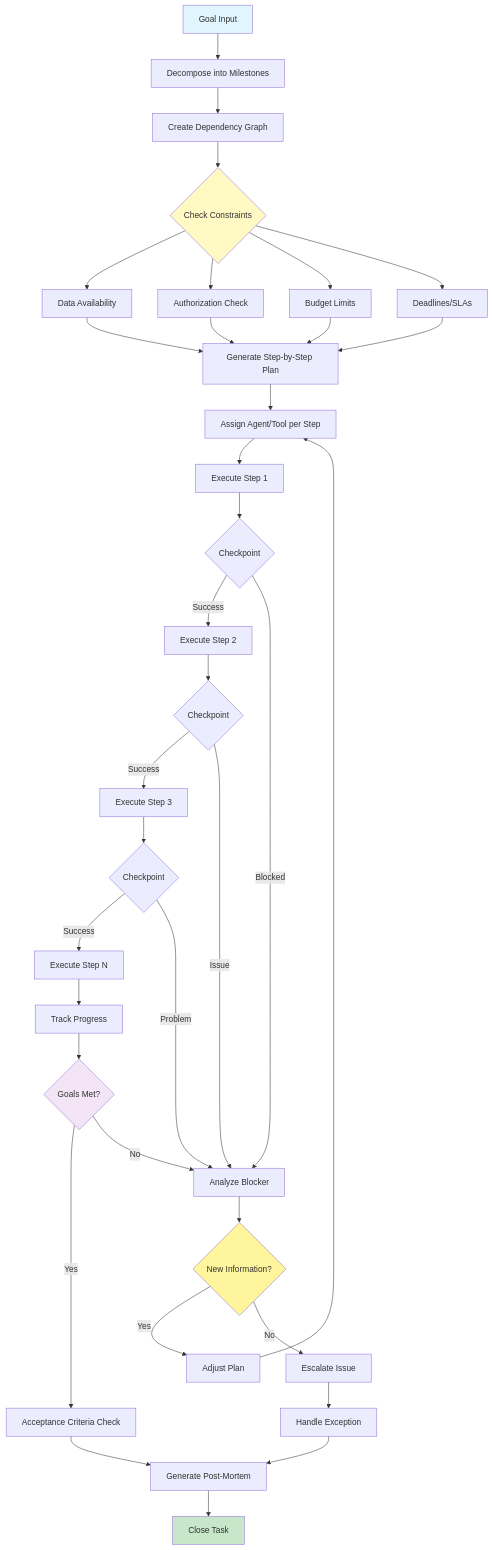
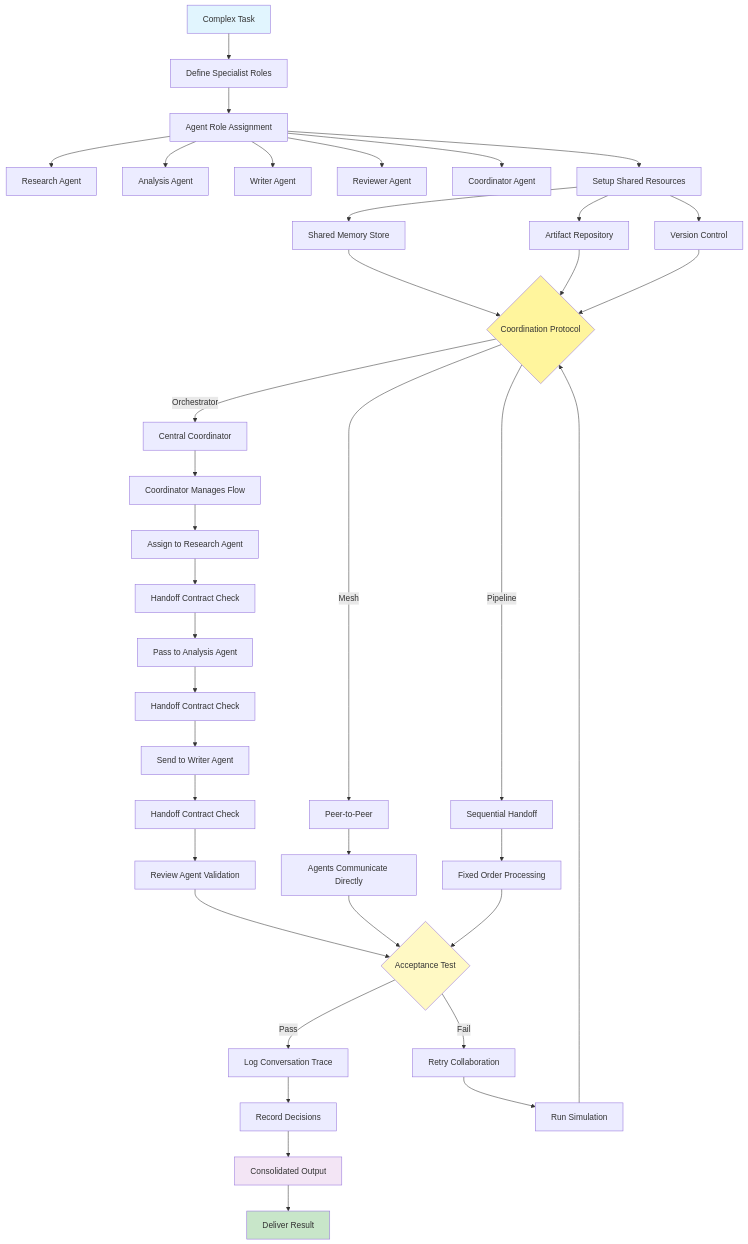
The diagram in diagram.mmd (Adrian-patrick/agentic-ai-design-patterns), drawn with Mermaid before and after one commit. The commit also changed 10 other files, not shown here.

Commit message:
working multi-agent collaboration

```diff
--- a/diagram.mmd
+++ b/diagram.mmd
@@ -1,52 +1,54 @@
 graph TD
-    Start[Goal Input] --> Decompose[Decompose into Milestones]
-    Decompose --> Map[Create Dependency Graph]
+    Start[Complex Task] --> Define[Define Specialist Roles]
     
-    Map --> Constraints{Check Constraints}
-    Constraints --> Data[Data Availability]
-    Constraints --> Auth[Authorization Check]
-    Constraints --> Budget[Budget Limits]
-    Constraints --> Time[Deadlines/SLAs]
+    Define --> Roles[Agent Role Assignment]
+    Roles --> A1[Research Agent]
+    Roles --> A2[Analysis Agent]
+    Roles --> A3[Writer Agent]
+    Roles --> A4[Reviewer Agent]
+    Roles --> A5[Coordinator Agent]
     
-    Data --> Plan[Generate Step-by-Step Plan]
-    Auth --> Plan
-    Budget --> Plan
-    Time --> Plan
+    Roles --> Setup[Setup Shared Resources]
+    Setup --> Memory[Shared Memory Store]
+    Setup --> Artifacts[Artifact Repository]
+    Setup --> Version[Version Control]
     
-    Plan --> Assign[Assign Agent/Tool per Step]
-    Assign --> Step1[Execute Step 1]
+    Memory --> Protocol{Coordination Protocol}
+    Artifacts --> Protocol
+    Version --> Protocol
     
-    Step1 --> Check1{Checkpoint}
-    Check1 -->|Success| Step2[Execute Step 2]
-    Check1 -->|Blocked| Analyze[Analyze Blocker]
+    Protocol -->|Orchestrator| Orchestrate[Central Coordinator]
+    Protocol -->|Mesh| Mesh[Peer-to-Peer]
+    Protocol -->|Pipeline| Pipeline[Sequential Handoff]
     
-    Step2 --> Check2{Checkpoint}
-    Check2 -->|Success| Step3[Execute Step 3]
-    Check2 -->|Issue| Analyze
+    Orchestrate --> Coord[Coordinator Manages Flow]
+    Coord --> Task1[Assign to Research Agent]
+    Task1 --> Hand1[Handoff Contract Check]
+    Hand1 --> Task2[Pass to Analysis Agent]
+    Task2 --> Hand2[Handoff Contract Check]
+    Hand2 --> Task3[Send to Writer Agent]
+    Task3 --> Hand3[Handoff Contract Check]
+    Hand3 --> Task4[Review Agent Validation]
     
-    Step3 --> Check3{Checkpoint}
-    Check3 -->|Success| StepN[Execute Step N]
-    Check3 -->|Problem| Analyze
+    Mesh --> Peer[Agents Communicate Directly]
+    Pipeline --> Sequence[Fixed Order Processing]
     
-    Analyze --> NewInfo{New Information?}
-    NewInfo -->|Yes| Replan[Adjust Plan]
-    NewInfo -->|No| Escalate[Escalate Issue]
+    Task4 --> Test{Acceptance Test}
+    Peer --> Test
+    Sequence --> Test
     
-    Replan --> Assign
-    Escalate --> Handle[Handle Exception]
+    Test -->|Pass| Log[Log Conversation Trace]
+    Test -->|Fail| Retry[Retry Collaboration]
     
-    StepN --> Progress[Track Progress]
-    Progress --> Complete{Goals Met?}
+    Retry --> Simulate[Run Simulation]
+    Simulate --> Protocol
     
-    Complete -->|Yes| Accept[Acceptance Criteria Check]
-    Complete -->|No| Analyze
-    
-    Accept --> PostMortem[Generate Post-Mortem]
-    Handle --> PostMortem
-    PostMortem --> End[Close Task]
+    Log --> Decision[Record Decisions]
+    Decision --> Output[Consolidated Output]
+    Output --> End[Deliver Result]
 
     style Start fill:#e1f5fe
-    style Constraints fill:#fff9c4
-    style NewInfo fill:#fff59d
-    style Complete fill:#f3e5f5
+    style Protocol fill:#fff59d
+    style Test fill:#fff9c4
+    style Output fill:#f3e5f5
     style End fill:#c8e6c9
```
